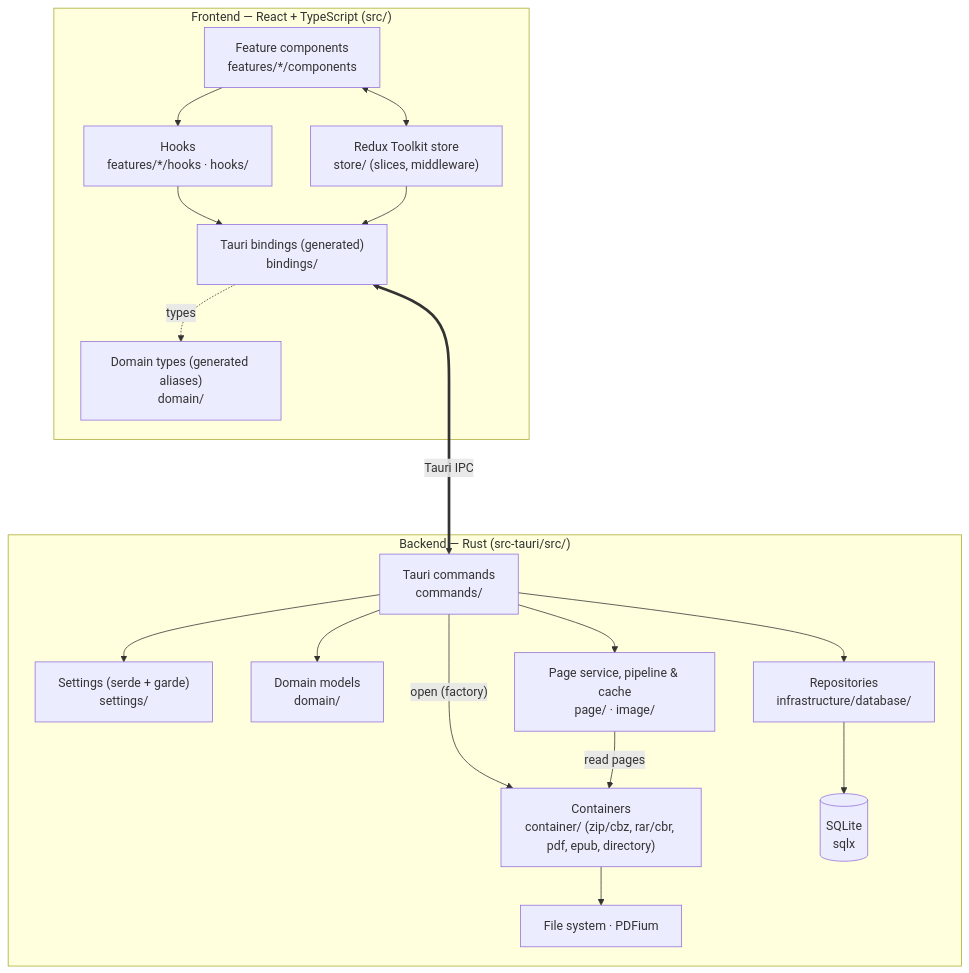
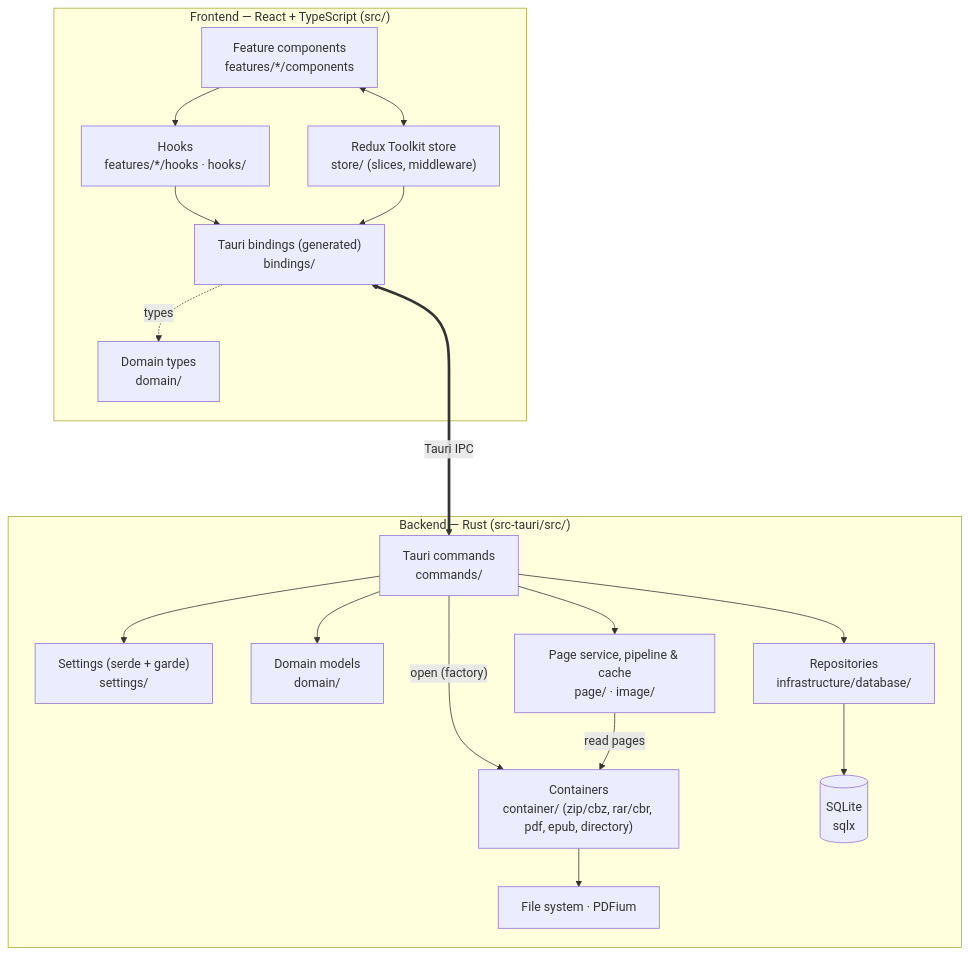
The first of 2 diagrams in docs/wiki/Developer-Guide.md (Rookro/RookReader), drawn with Mermaid before and after one commit. The commit also changed 13 other files, not shown here.

````diff
--- a/docs/wiki/Developer-Guide.md
+++ b/docs/wiki/Developer-Guide.md
@@ -9,38 +9,38 @@
 ```mermaid
 graph TD
     subgraph Frontend["Frontend — React + TypeScript (src/)"]
         UI["Feature components<br/>features/*/components"]
         Hooks["Hooks<br/>features/*/hooks · hooks/"]
         Store["Redux Toolkit store<br/>store/ (slices, middleware)"]
-        Domain["Domain types (generated aliases)<br/>domain/"]
+        Domain["Domain types<br/>domain/"]
         Bindings["Tauri bindings (generated)<br/>bindings/"]
 
         UI --> Hooks
         UI <--> Store
         Hooks --> Bindings
         Store --> Bindings
         Bindings -.->|types| Domain
     end
 
     Bindings <====>|"Tauri IPC"| Commands
 
     subgraph Backend["Backend — Rust (src-tauri/src/)"]
         Commands["Tauri commands<br/>commands/"]
         Settings["Settings (serde + garde)<br/>settings/"]
         BDomain["Domain models<br/>domain/"]
         Repos["Repositories<br/>infrastructure/database/"]
         Page["Page service, pipeline & cache<br/>page/ · image/"]
         Containers["Containers<br/>container/ (zip/cbz, rar/cbr, pdf, epub, directory)"]
         DB[("SQLite<br/>sqlx")]
         FS["File system · PDFium"]
 
         Commands --> Settings
         Commands --> BDomain
         Commands --> Repos
         Commands --> Page
         Commands -->|"open (factory)"| Containers
         Page -->|"read pages"| Containers
         Repos --> DB
         Containers --> FS
     end
 ```
````
